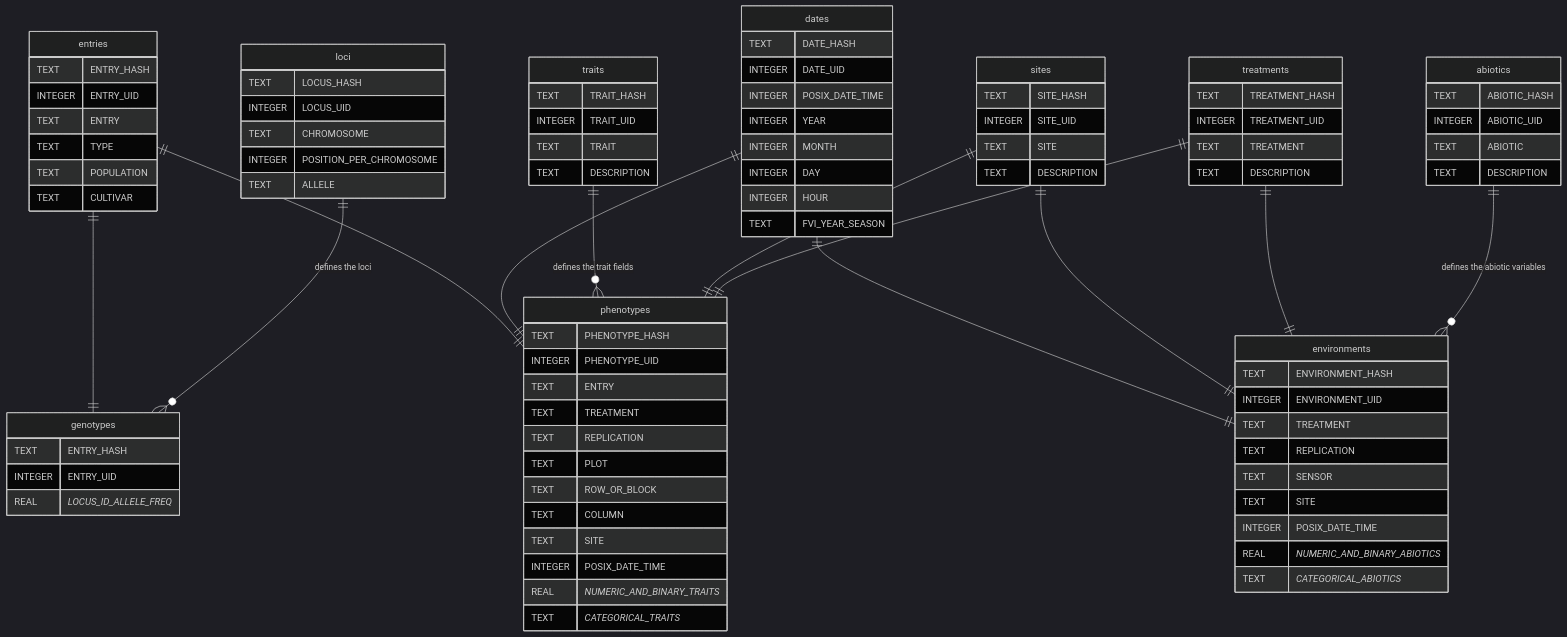
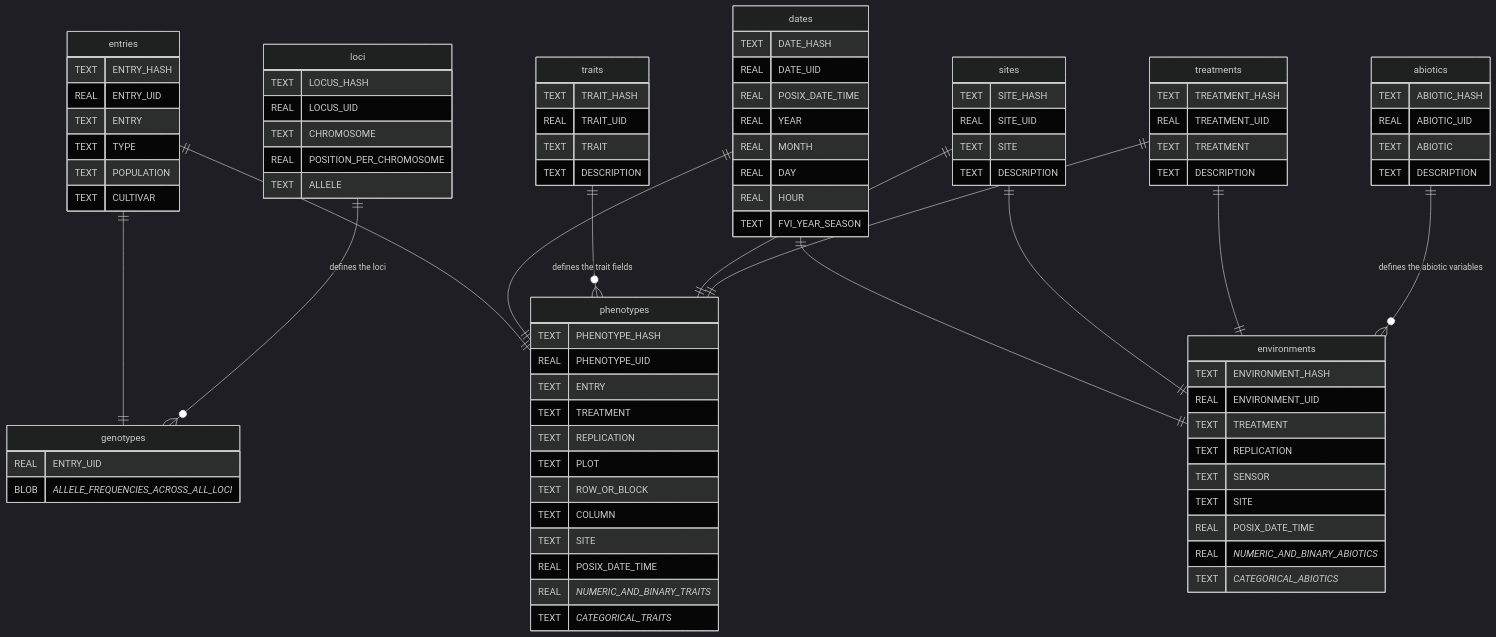
Before and after one commit to jeffersonfparil/db: the diagram in README.md, drawn with Mermaid (dark theme). The commit also changed other lines of this file and 7 other files, not shown here.

Commit message:
working on documenting and unit testing fn_convert_allele_frequency_table_into_blobs_and_dfs

```diff
--- a/README.md
+++ b/README.md
@@ -24,7 +24,7 @@
     %%%%%%%%%%%%%%%%%%%%%%%%%%%%%%%%%%%%%%%%%%%%%%%%%%%%%%%%%%%%%%%%%%%%%%%%%%%%%%%%%%%
     entries {
         TEXT ENTRY_HASH
-        INTEGER ENTRY_UID
+        REAL ENTRY_UID
         TEXT ENTRY
         TEXT TYPE
         TEXT POPULATION
@@ -35,12 +35,12 @@
     %%%%%%%%%%%%%%%%%%%%%%%%%%%%%%%%%%%%%%%%%%%%%%%%%%%%%%%%%%%%%%%%%%%%%%%%%%%%%%%%%%%%%
     dates {
         TEXT DATE_HASH
-        INTEGER DATE_UID
-        INTEGER POSIX_DATE_TIME
-        INTEGER YEAR
-        INTEGER MONTH
-        INTEGER DAY
-        INTEGER HOUR
+        REAL DATE_UID
+        REAL POSIX_DATE_TIME
+        REAL YEAR
+        REAL MONTH
+        REAL DAY
+        REAL HOUR
         TEXT FVI_YEAR_SEASON
     }
     %%%%%%%%%%%%%%%%%%%%%%%%%%%%%%%%%%%%%%%%%%%
@@ -48,7 +48,7 @@
     %%%%%%%%%%%%%%%%%%%%%%%%%%%%%%%%%%%%%%%%%%%
     sites {
         TEXT SITE_HASH
-        INTEGER SITE_UID
+        REAL SITE_UID
         TEXT SITE
         TEXT DESCRIPTION
     }
@@ -57,7 +57,7 @@
     %%%%%%%%%%%%%%%%%%%%%%%%%%%%%%
     treatments {
         TEXT TREATMENT_HASH
-        INTEGER TREATMENT_UID
+        REAL TREATMENT_UID
         TEXT TREATMENT
         TEXT DESCRIPTION
     }
@@ -66,7 +66,7 @@
     %%%%%%%%%%%%%%%%%%%%%%%%%%%
     traits {
         TEXT TRAIT_HASH
-        INTEGER TRAIT_UID
+        REAL TRAIT_UID
         TEXT TRAIT
         TEXT DESCRIPTION
     }
@@ -75,7 +75,7 @@
     %%%%%%%%%%%%%%%%%%%%%%%%%%%%%%%%%%%%%%%%%%%%%%%%%%%
     abiotics {
         TEXT ABIOTIC_HASH
-        INTEGER ABIOTIC_UID
+        REAL ABIOTIC_UID
         TEXT ABIOTIC
         TEXT DESCRIPTION
     }
@@ -84,9 +84,9 @@
     %%%%%%%%%%%%%%%%%%%%%%%%%%%%%%%%%%%%%%%%%%%%%%%%%%%%%%%%%
     loci {
         TEXT LOCUS_HASH
-        INTEGER LOCUS_UID
+        REAL LOCUS_UID
         TEXT CHROMOSOME
-        INTEGER POSITION_PER_CHROMOSOME
+        REAL POSITION_PER_CHROMOSOME
         TEXT ALLELE
     }
     %%%%%%%%%%%%%%%%%%%%%%%%%%%%%%%%%%%%%%%%%%%%%%%%%%%%%%%%%%%%%%%%%%%%%%%%%%%%%
@@ -94,7 +94,7 @@
     %%%%%%%%%%%%%%%%%%%%%%%%%%%%%%%%%%%%%%%%%%%%%%%%%%%%%%%%%%%%%%%%%%%%%%%%%%%%%
     phenotypes {
         TEXT PHENOTYPE_HASH
-        INTEGER PHENOTYPE_UID
+        REAL PHENOTYPE_UID
         TEXT ENTRY
         TEXT TREATMENT
         TEXT REPLICATION
@@ -102,7 +102,7 @@
         TEXT ROW_OR_BLOCK
         TEXT COLUMN
         TEXT SITE
-        INTEGER POSIX_DATE_TIME
+        REAL POSIX_DATE_TIME
         REAL _NUMERIC_AND_BINARY_TRAITS_
         TEXT _CATEGORICAL_TRAITS_
     }
@@ -111,23 +111,22 @@
     %%%%%%%%%%%%%%%%%%%%%%%%%%%%%%%%%%%%%%%%%%%%%%%%%%%%%%%%%%%%%%%%%%%%%%%%%%%%%%%%%%%%%%
     environments {
         TEXT ENVIRONMENT_HASH
-        INTEGER ENVIRONMENT_UID
+        REAL ENVIRONMENT_UID
         TEXT TREATMENT
         TEXT REPLICATION
         TEXT SENSOR
         TEXT SITE
-        INTEGER POSIX_DATE_TIME
+        REAL POSIX_DATE_TIME
         REAL _NUMERIC_AND_BINARY_ABIOTICS_
         TEXT _CATEGORICAL_ABIOTICS_
     }
     %%%%%%%%%%%%%%%%%%%%%%%%%%%%%%%%%%%%%%%%%%%
     %%% Genotype data per entry across loci %%%
     %%%%%%%%%%%%%%%%%%%%%%%%%%%%%%%%%%%%%%%%%%%
-    %%% Note that the ENTRY_HASH will be pulled from the entries table instead of calculated from each genotype matrix row for efficiency
+    %%% Note that allele frequencies across loci are save as a blob per entry sorted in the same way as the base table loci
     genotypes {
-        TEXT ENTRY_HASH
-        INTEGER ENTRY_UID
-        REAL _LOCUS_ID_ALLELE_FREQ_
+        REAL ENTRY_UID
+        BLOB _ALLELE_FREQUENCIES_ACROSS_ALL_LOCI_
     }
     %%%%%%%%%%%%%%%%%%%%%
     %%% Relationships %%%
```
